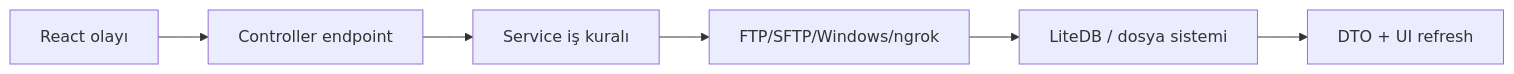
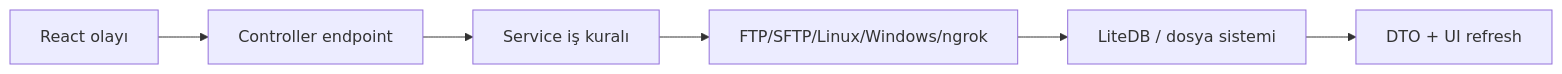
One commit to ottamina/FTP_Dosya_Yonetimi changed the first of 6 diagrams in docs/06_GELISTIRICI_REHBERI.md. Above: the diagram before and after it, drawn with Mermaid. The commit also changed other lines of this file and 9 other files, not shown here.

````diff
--- a/docs/06_GELISTIRICI_REHBERI.md
+++ b/docs/06_GELISTIRICI_REHBERI.md
@@ -5,8 +5,8 @@
 ```mermaid
 flowchart LR
     UI["React olayı"] --> HTTP["Controller endpoint"]
     HTTP --> Rule["Service iş kuralı"]
-    Rule --> Protocol["FTP/SFTP/Windows/ngrok"]
+    Rule --> Protocol["FTP/SFTP/Linux/Windows/ngrok"]
     Protocol --> State["LiteDB / dosya sistemi"]
     State --> Response["DTO + UI refresh"]
 ```
````
